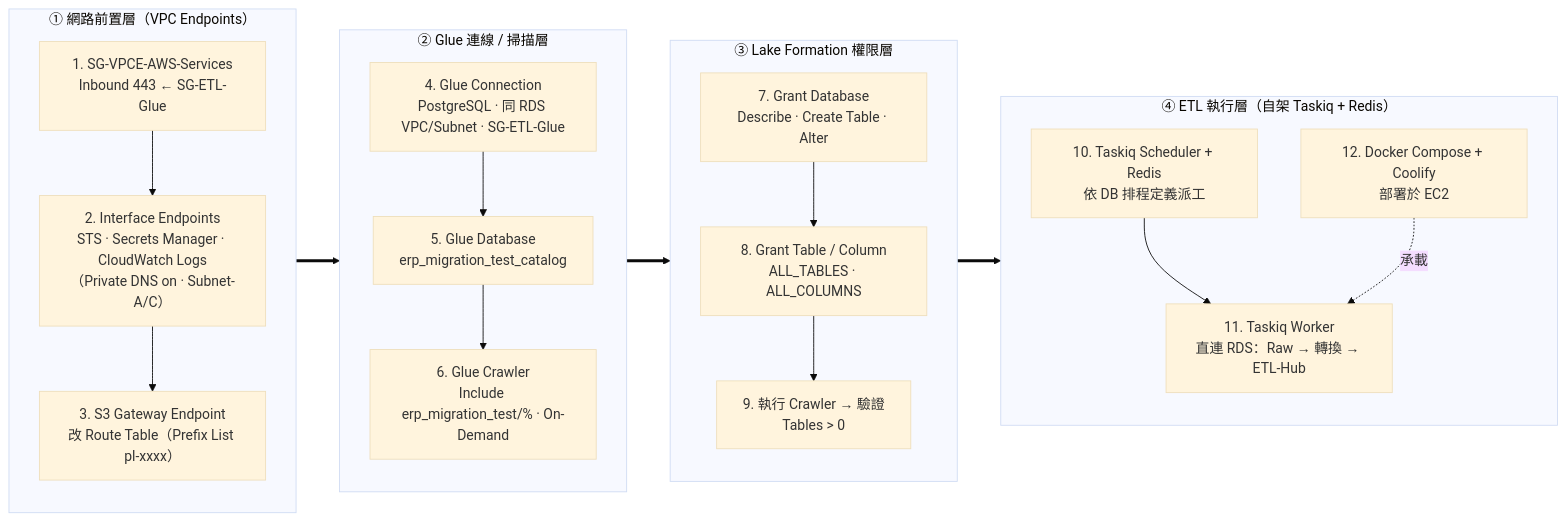
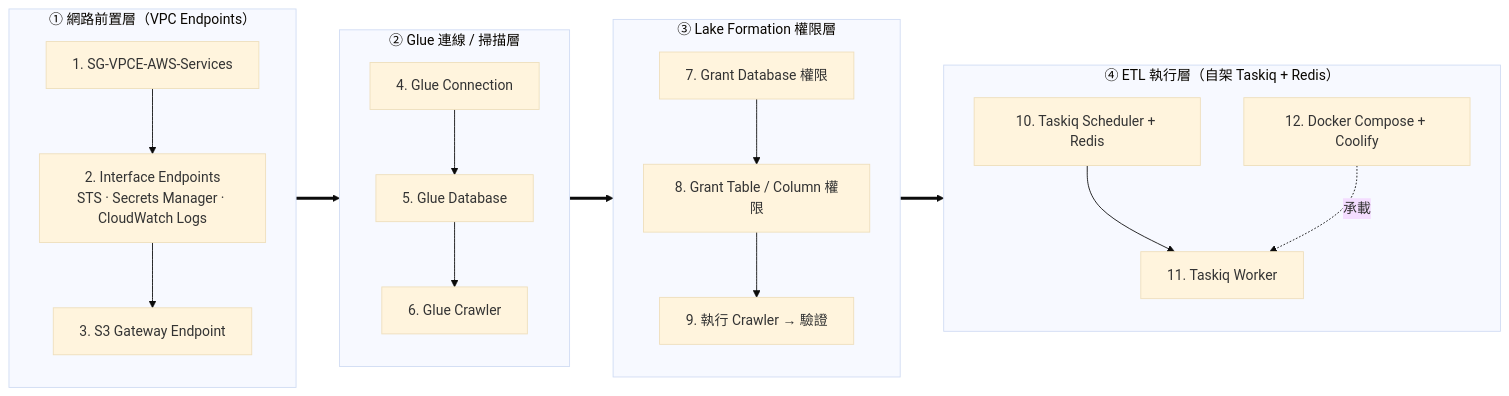
One commit to Jiaye-DF/data-center-etl changed the eighth of 10 diagrams in docs/Arch/aws-to-local-infra-arch.md. Above: the diagram before and after it, drawn with Mermaid (base theme). The commit also changed other lines of this file and 1 other file, not shown here.

Commit message:
(AI) Docs: 架構圖分頁重整為 14 節(拆 VPC Endpoint / Phase 2 排程 / 名詞解說)並使 md 與 HTML 章節對齊

````diff
--- a/docs/Arch/aws-to-local-infra-arch.md
+++ b/docs/Arch/aws-to-local-infra-arch.md
@@ -657,35 +479,35 @@
 ```mermaid
 flowchart LR
   subgraph EP["① 網路前置層（VPC Endpoints）"]
     direction TB
-    SGV["1. SG-VPCE-AWS-Services<br/>Inbound 443 ← SG-ETL-Glue"]
-    IEP["2. Interface Endpoints<br/>STS · Secrets Manager · CloudWatch Logs<br/>（Private DNS on · Subnet-A/C）"]
-    GEP["3. S3 Gateway Endpoint<br/>改 Route Table（Prefix List pl-xxxx）"]
+    SGV["1. SG-VPCE-AWS-Services"]
+    IEP["2. Interface Endpoints<br/>STS · Secrets Manager · CloudWatch Logs"]
+    GEP["3. S3 Gateway Endpoint"]
     SGV --> IEP --> GEP
   end
   subgraph GL["② Glue 連線 / 掃描層"]
     direction TB
-    CONN["4. Glue Connection<br/>PostgreSQL · 同 RDS VPC/Subnet · SG-ETL-Glue"]
-    GDB["5. Glue Database<br/>erp_migration_test_catalog"]
-    CR["6. Glue Crawler<br/>Include erp_migration_test/% · On-Demand"]
+    CONN["4. Glue Connection"]
+    GDB["5. Glue Database"]
+    CR["6. Glue Crawler"]
     CONN --> GDB --> CR
   end
   subgraph LF["③ Lake Formation 權限層"]
     direction TB
-    DBG["7. Grant Database<br/>Describe · Create Table · Alter"]
-    TBG["8. Grant Table / Column<br/>ALL_TABLES · ALL_COLUMNS"]
-    RUN["9. 執行 Crawler → 驗證<br/>Tables > 0"]
+    DBG["7. Grant Database 權限"]
+    TBG["8. Grant Table / Column 權限"]
+    RUN["9. 執行 Crawler → 驗證"]
     DBG --> TBG --> RUN
   end
   subgraph ET["④ ETL 執行層（自架 Taskiq + Redis）"]
     direction TB
-    SCH["10. Taskiq Scheduler + Redis<br/>依 DB 排程定義派工"]
-    ETLJ["11. Taskiq Worker<br/>直連 RDS：Raw → 轉換 → ETL-Hub"]
-    DEP["12. Docker Compose + Coolify<br/>部署於 EC2"]
+    SCH["10. Taskiq Scheduler + Redis"]
+    ETLJ["11. Taskiq Worker"]
+    DEP["12. Docker Compose + Coolify"]
     SCH --> ETLJ
     DEP -. 承載 .-> ETLJ
   end
   GEP ==> CONN
   CR ==> DBG
   RUN ==> SCH
 ```
````
